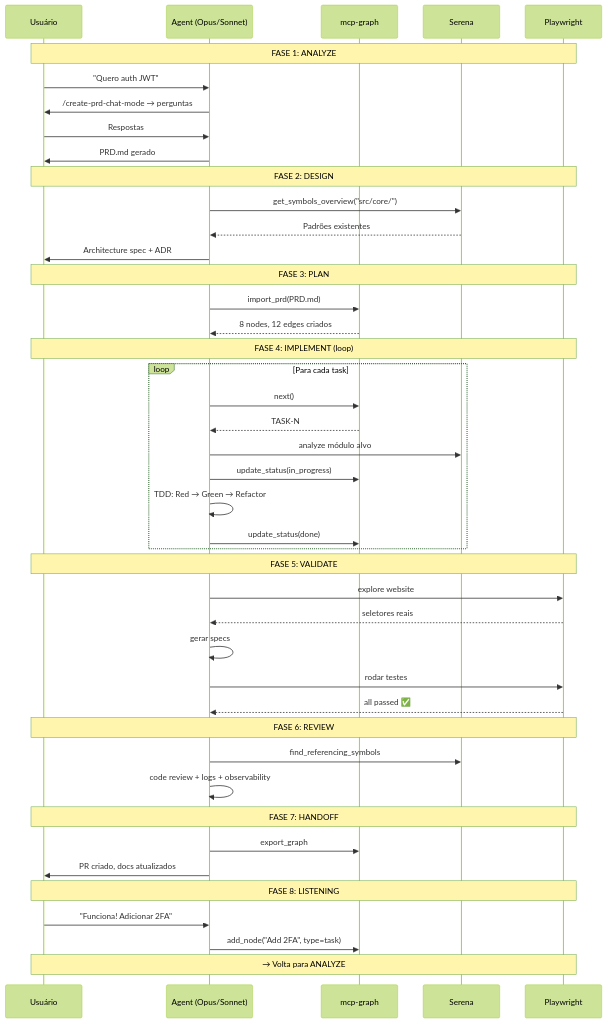
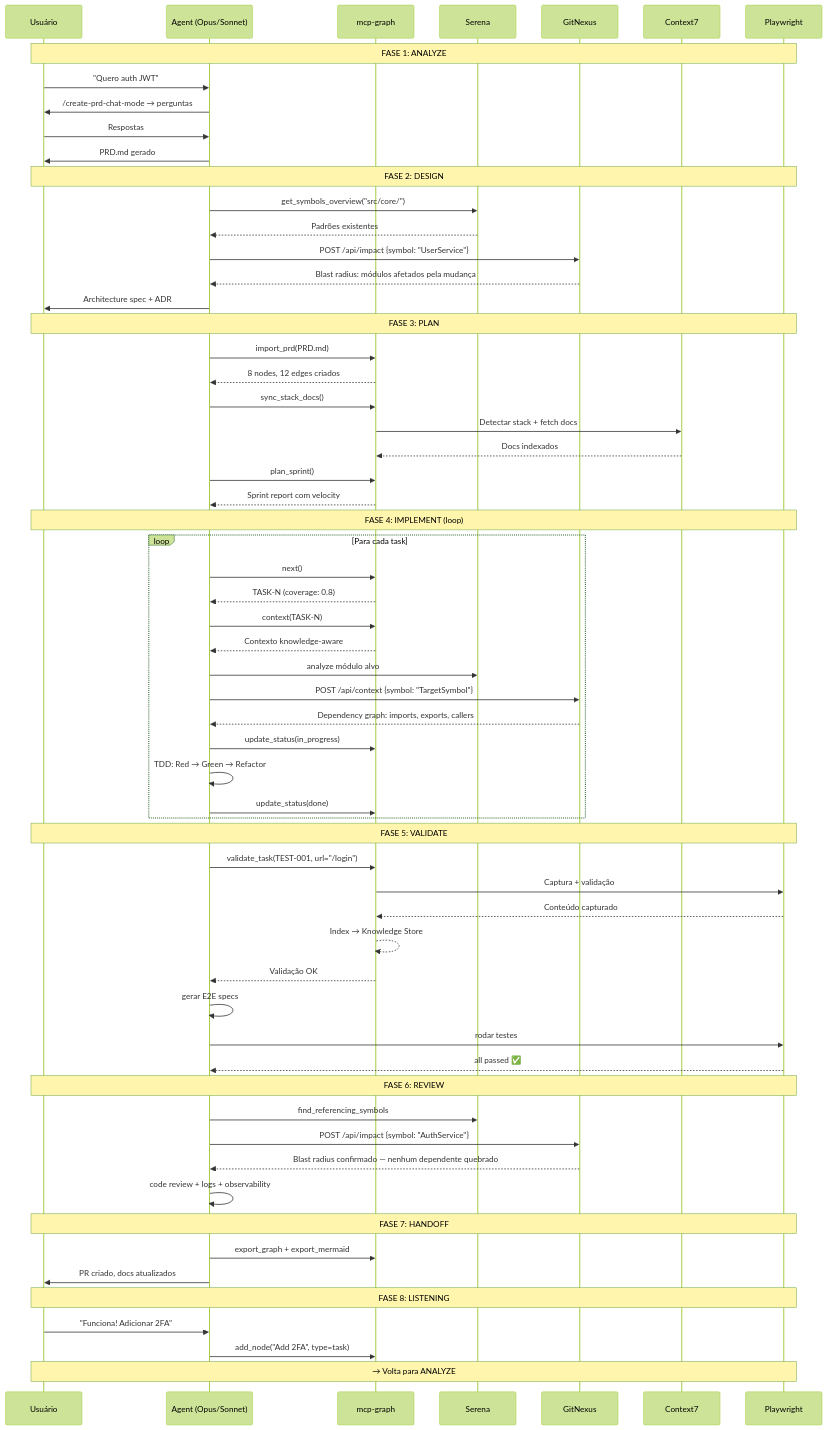
Diagram 17 of 19 in docs/LIFECYCLE.md (sraphaz/mcp-graph-workflow), drawn with Mermaid (forest theme) before and after one commit. The commit also changed other lines of this file, not shown here.

Commit message:
chore: update architecture and knowledge pipeline details in LIFECYCLE.md

````diff
--- a/docs/LIFECYCLE.md
+++ b/docs/LIFECYCLE.md
@@ -512,53 +637,71 @@
 ```mermaid
 sequenceDiagram
     participant U as Usuário
     participant A as Agent (Opus/Sonnet)
     participant MCP as mcp-graph
     participant S as Serena
+    participant GN as GitNexus
+    participant C7 as Context7
     participant PW as Playwright
 
     Note over U,PW: FASE 1: ANALYZE
     U->>A: "Quero auth JWT"
     A->>U: /create-prd-chat-mode → perguntas
     U->>A: Respostas
     A->>U: PRD.md gerado
 
     Note over U,PW: FASE 2: DESIGN
     A->>S: get_symbols_overview("src/core/")
     S-->>A: Padrões existentes
+    A->>GN: POST /api/impact {symbol: "UserService"}
+    GN-->>A: Blast radius: módulos afetados pela mudança
     A->>U: Architecture spec + ADR
 
     Note over U,PW: FASE 3: PLAN
     A->>MCP: import_prd(PRD.md)
     MCP-->>A: 8 nodes, 12 edges criados
+    A->>MCP: sync_stack_docs()
+    MCP->>C7: Detectar stack + fetch docs
+    C7-->>MCP: Docs indexados
+    A->>MCP: plan_sprint()
+    MCP-->>A: Sprint report com velocity
 
     Note over U,PW: FASE 4: IMPLEMENT (loop)
     loop Para cada task
         A->>MCP: next()
-        MCP-->>A: TASK-N
+        MCP-->>A: TASK-N (coverage: 0.8)
+        A->>MCP: context(TASK-N)
+        MCP-->>A: Contexto knowledge-aware
         A->>S: analyze módulo alvo
+        A->>GN: POST /api/context {symbol: "TargetSymbol"}
+        GN-->>A: Dependency graph: imports, exports, callers
         A->>MCP: update_status(in_progress)
         A->>A: TDD: Red → Green → Refactor
         A->>MCP: update_status(done)
     end
 
     Note over U,PW: FASE 5: VALIDATE
-    A->>PW: explore website
-    PW-->>A: seletores reais
-    A->>A: gerar specs
+    A->>MCP: validate_task(TEST-001, url="/login")
+    MCP->>PW: Captura + validação
+    PW-->>MCP: Conteúdo capturado
+    MCP-->>MCP: Index → Knowledge Store
+    MCP-->>A: Validação OK
+    A->>A: gerar E2E specs
     A->>PW: rodar testes
     PW-->>A: all passed ✅
 
     Note over U,PW: FASE 6: REVIEW
     A->>S: find_referencing_symbols
+    A->>GN: POST /api/impact {symbol: "AuthService"}
+    GN-->>A: Blast radius confirmado — nenhum dependente quebrado
     A->>A: code review + logs + observability
 
     Note over U,PW: FASE 7: HANDOFF
-    A->>MCP: export_graph
+    A->>MCP: export_graph + export_mermaid
     A->>U: PR criado, docs atualizados
 
     Note over U,PW: FASE 8: LISTENING
     U->>A: "Funciona! Adicionar 2FA"
     A->>MCP: add_node("Add 2FA", type=task)
     Note over U,PW: → Volta para ANALYZE
 ```
````
